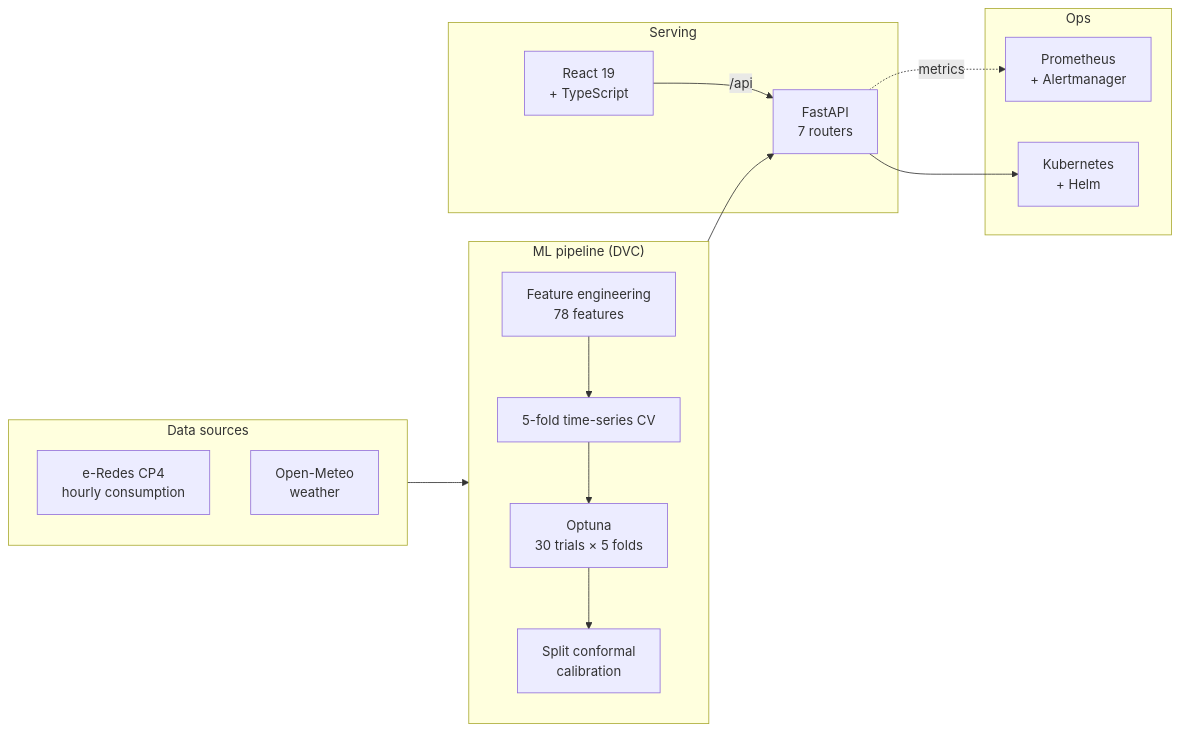
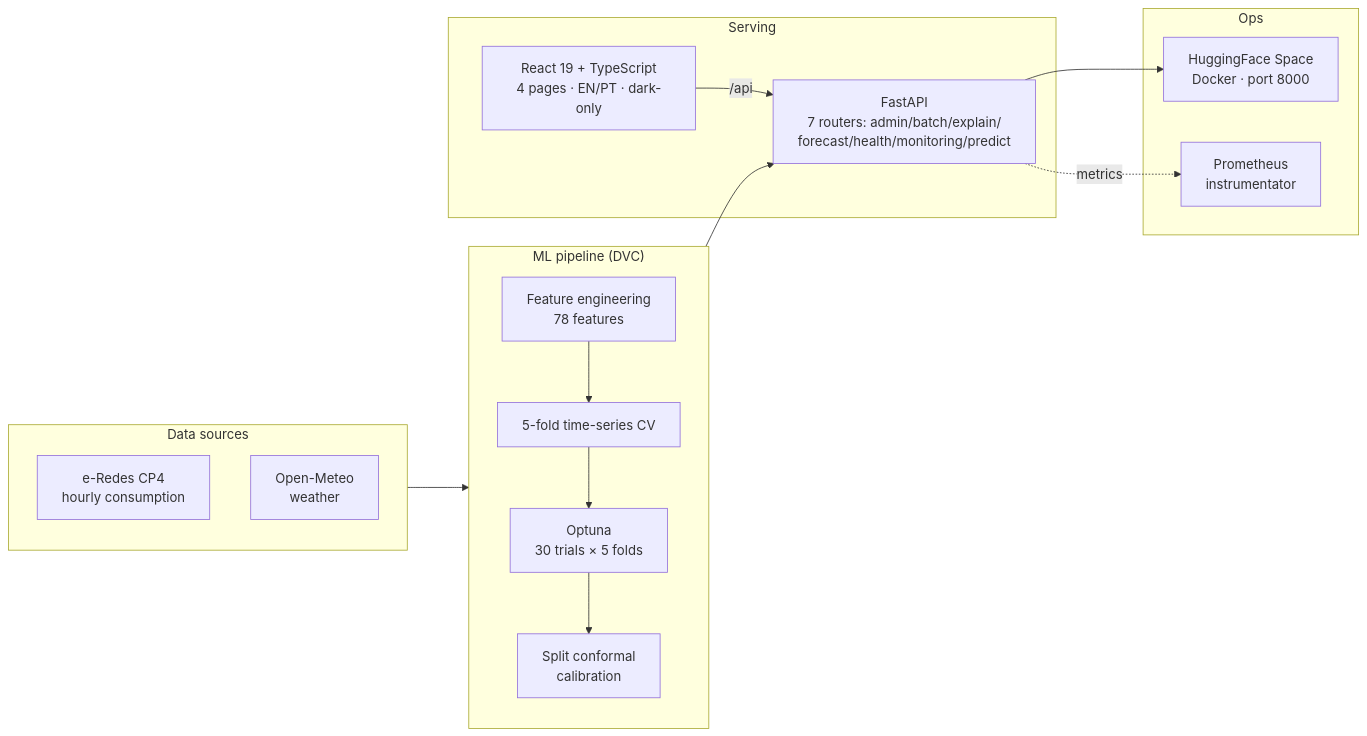
Before and after one commit to Pedrom2002/energy-forecast-pt: the diagram in README.md, drawn with Mermaid. The commit also changed other lines of this file and 8 other files, not shown here.

````diff
--- a/README.md
+++ b/README.md
@@ -30,30 +34,30 @@
 ```mermaid
 flowchart LR
     subgraph Sources["Data sources"]
         ER[e-Redes CP4<br/>hourly consumption]
         OM[Open-Meteo<br/>weather]
     end
 
     subgraph Pipeline["ML pipeline (DVC)"]
         FE[Feature engineering<br/>78 features]
         CV[5-fold time-series CV]
         OPT[Optuna<br/>30 trials × 5 folds]
         CONF[Split conformal<br/>calibration]
         FE --> CV --> OPT --> CONF
     end
 
     subgraph Serving["Serving"]
-        API[FastAPI<br/>7 routers]
-        UI[React 19<br/>+ TypeScript]
+        API[FastAPI<br/>7 routers: admin/batch/explain/<br/>forecast/health/monitoring/predict]
+        UI[React 19 + TypeScript<br/>4 pages · EN/PT · dark-only]
         UI -->|/api| API
     end
 
     subgraph Ops["Ops"]
-        PROM[Prometheus<br/>+ Alertmanager]
-        K8S[Kubernetes<br/>+ Helm]
+        HF[HuggingFace Space<br/>Docker · port 8000]
+        PROM[Prometheus<br/>instrumentator]
     end
 
     Sources --> Pipeline --> API
     API -.metrics.-> PROM
-    API --> K8S
+    API --> HF
 ```
````
